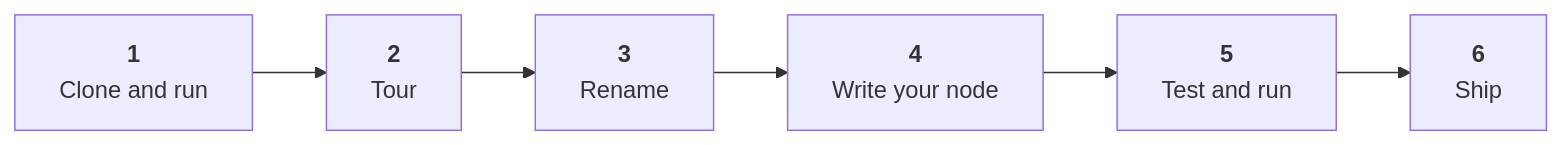
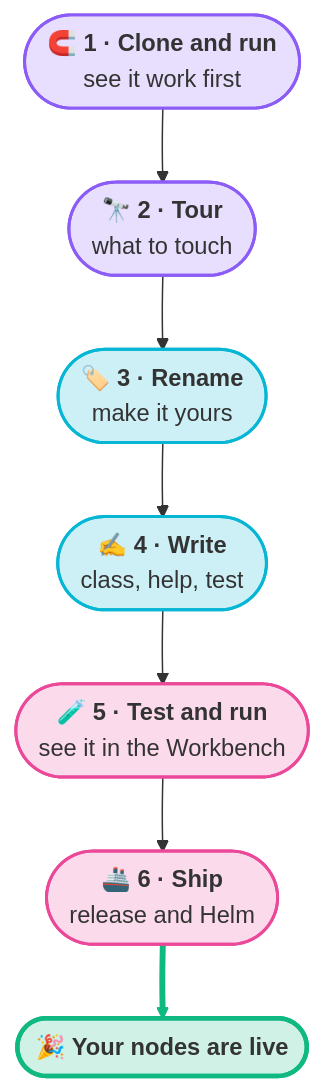
The diagram in versioned_docs/version-0.0.20/contributing/create-new-nodes/overview.md (projectcontinuum-org/continuum-docs), drawn with Mermaid before and after one commit. The commit also changed 15 other files, not shown here.

````diff
--- a/versioned_docs/version-0.0.20/contributing/create-new-nodes/overview.md
+++ b/versioned_docs/version-0.0.20/contributing/create-new-nodes/overview.md
@@ -28,4 +28,19 @@
 ```mermaid
-flowchart LR
-    S1["<b>1</b><br/>Clone and run"] --> S2["<b>2</b><br/>Tour"] --> S3["<b>3</b><br/>Rename"] --> S4["<b>4</b><br/>Write your node"] --> S5["<b>5</b><br/>Test and run"] --> S6["<b>6</b><br/>Ship"]
+flowchart TB
+  S1(["🧲 <b>1 · Clone and run</b><br/>see it work first"]) --> S2(["🔭 <b>2 · Tour</b><br/>what to touch"])
+  S2 --> S3(["🏷️ <b>3 · Rename</b><br/>make it yours"])
+  S3 --> S4(["✍️ <b>4 · Write</b><br/>class, help, test"])
+  S4 --> S5(["🧪 <b>5 · Test and run</b><br/>see it in the Workbench"])
+  S5 --> S6(["🚢 <b>6 · Ship</b><br/>release and Helm"])
+  S6 ==> Done(["🎉 <b>Your nodes are live</b>"])
+
+  classDef setup fill:#8b5cf633,stroke:#8b5cf6,stroke-width:2px
+  classDef build fill:#06b6d433,stroke:#06b6d4,stroke-width:2px
+  classDef ship fill:#ec489933,stroke:#ec4899,stroke-width:2px
+  classDef done fill:#10b98133,stroke:#10b981,stroke-width:3px
+  class S1,S2 setup
+  class S3,S4 build
+  class S5,S6 ship
+  class Done done
+  linkStyle 5 stroke:#10b981,stroke-width:4px
 ```
````
